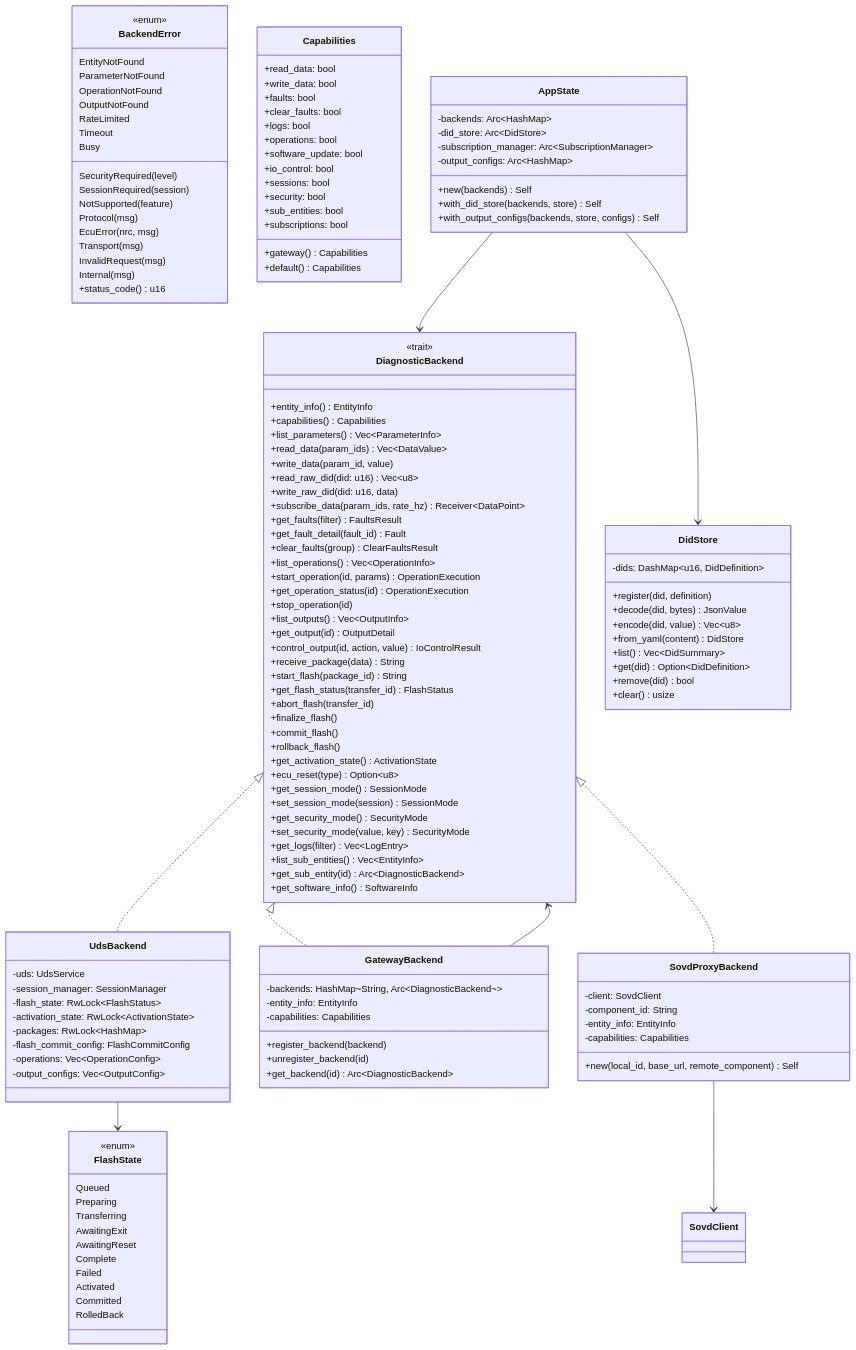
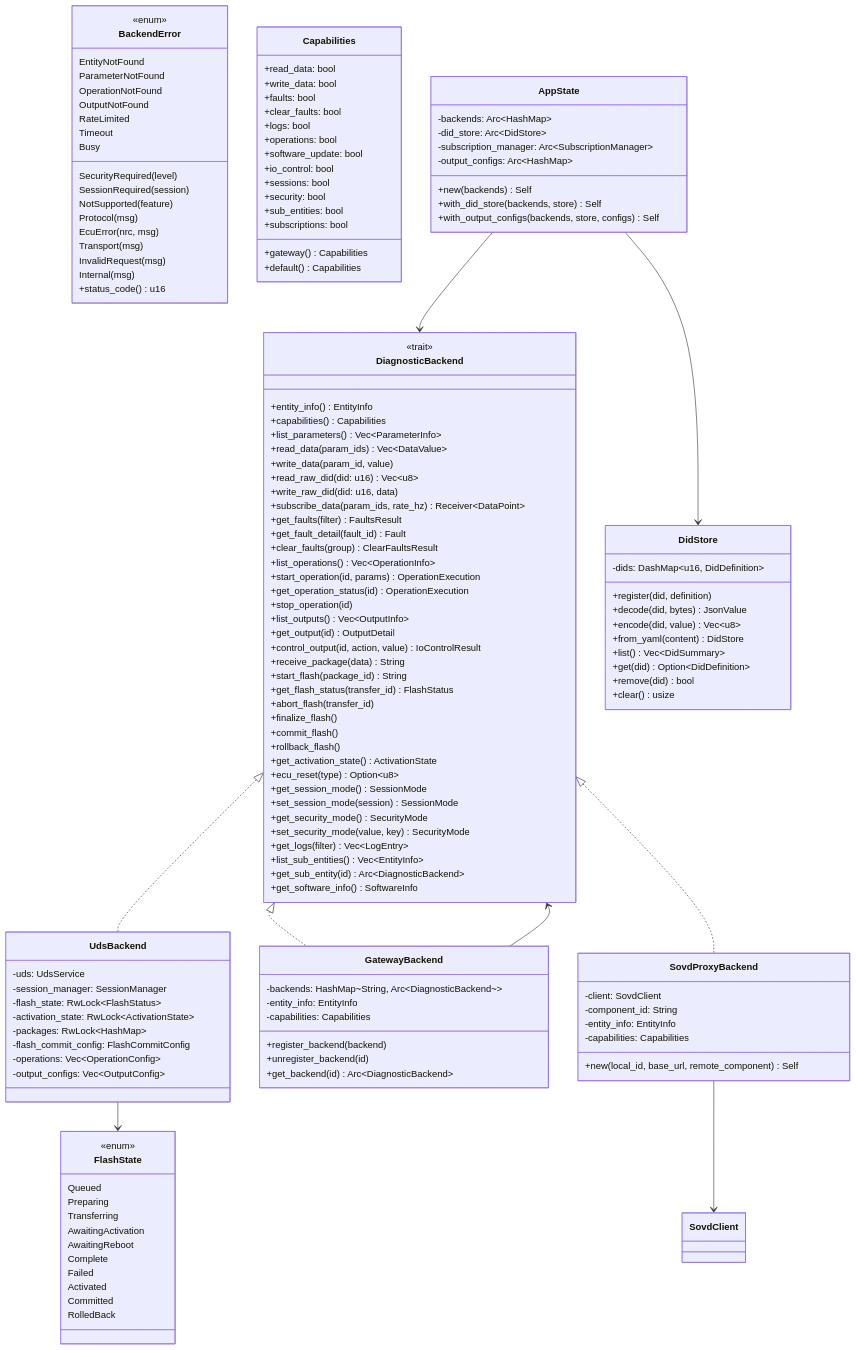
One commit to sdv-playground/SOVDd changed the fourth of 9 diagrams in ARCHITECTURE.md. Above: the diagram before and after it, drawn with Mermaid. The commit also changed other lines of this file and 9 other files, not shown here.

First line of the commit message:
Rename FlashState AwaitingExit → AwaitingActivation, AwaitingReset → AwaitingReboot

```diff
--- a/ARCHITECTURE.md
+++ b/ARCHITECTURE.md
@@ -439,8 +439,8 @@
         Queued
         Preparing
         Transferring
-        AwaitingExit
-        AwaitingReset
+        AwaitingActivation
+        AwaitingReboot
         Complete
         Failed
         Activated
```
